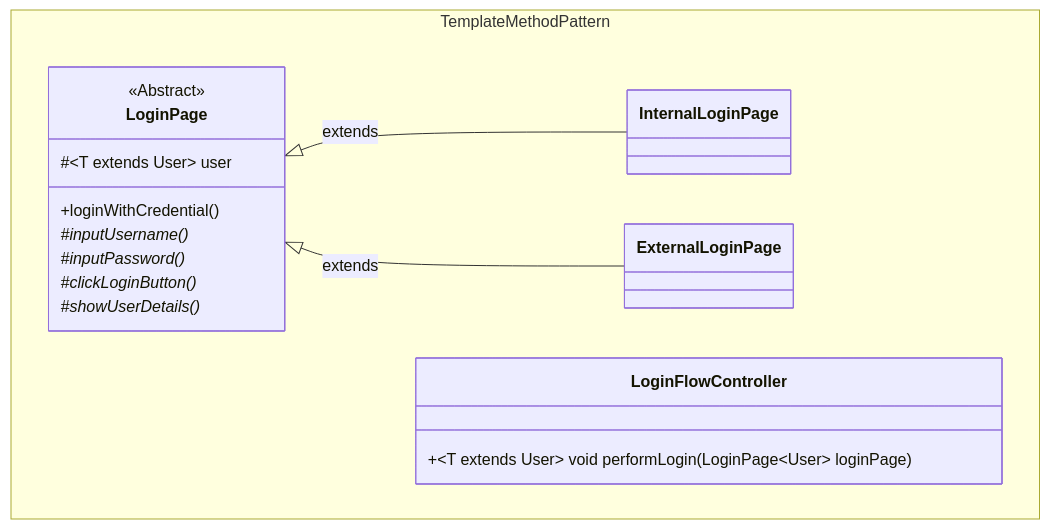
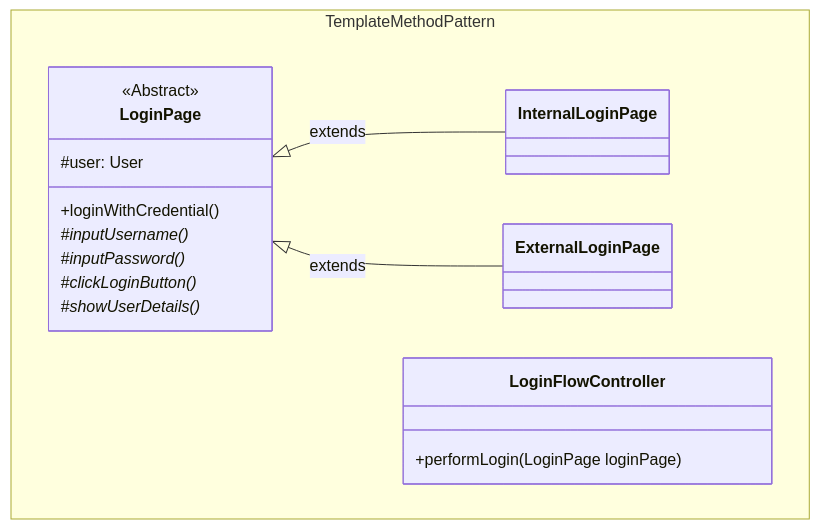
One commit to cody-htt/JavaDesignPattern changed the third of 4 diagrams in README.MD. Above: the diagram before and after it, drawn with Mermaid. The commit also changed other lines of this file, not shown here.

````diff
--- a/README.MD
+++ b/README.MD
@@ -57,23 +57,23 @@
 ```mermaid
 classDiagram
     namespace TemplateMethodPattern {
         class LoginPage {
             <<Abstract>>
-            #~T extends User~ user
+            #user: User
             +loginWithCredential()
             #inputUsername()*
             #inputPassword()*
             #clickLoginButton()*
             #showUserDetails()*
         }
         class InternalLoginPage {
         }
         class ExternalLoginPage {
         }
         class LoginFlowController{
-            +~T extends User~ void performLogin (LoginPage~User~ loginPage)
+            +performLogin (LoginPage loginPage)
         }
     }
     LoginPage <|-- InternalLoginPage : extends
     LoginPage <|-- ExternalLoginPage : extends
 ```
````
